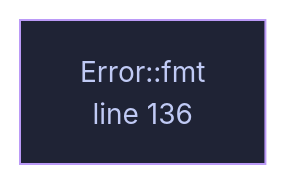
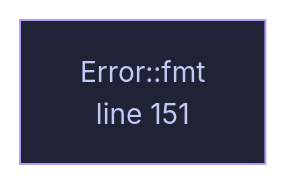
The diagram in docs/files/veilvoice-crypto/lib.md (tilas01/veilvoice), drawn with Mermaid before and after one commit. The commit also changed other lines of this file and 182 other files, not shown here.

````diff
--- a/docs/files/veilvoice-crypto/lib.md
+++ b/docs/files/veilvoice-crypto/lib.md
@@ -102,8 +118,8 @@
 ```mermaid
 %%{init: {"theme":"base","themeVariables":{"background":"#1a1b26","primaryColor":"#1f2335","primaryTextColor":"#c0caf5","primaryBorderColor":"#7aa2f7","secondaryColor":"#16161e","tertiaryColor":"#16161e","lineColor":"#737aa2","textColor":"#c0caf5","mainBkg":"#1f2335","nodeBorder":"#7aa2f7","clusterBkg":"#16161e","clusterBorder":"#2f3549","fontFamily":"ui-monospace, SFMono-Regular, Consolas, monospace","fontSize":"14px"}}}%%
 flowchart TD
-    n_fmt["Error::fmt<br/>line 136"]
-    click n_fmt href "https://github.com/tilas01/veilvoice/blob/main/crates/veilvoice-crypto/src/lib.rs#L136" "open the source"
+    n_fmt["Error::fmt<br/>line 151"]
+    click n_fmt href "https://github.com/tilas01/veilvoice/blob/main/crates/veilvoice-crypto/src/lib.rs#L151" "open the source"
     classDef helper fill:#1f2335,stroke:#bb9af7,color:#c0caf5
     class n_fmt helper
 ```
````
